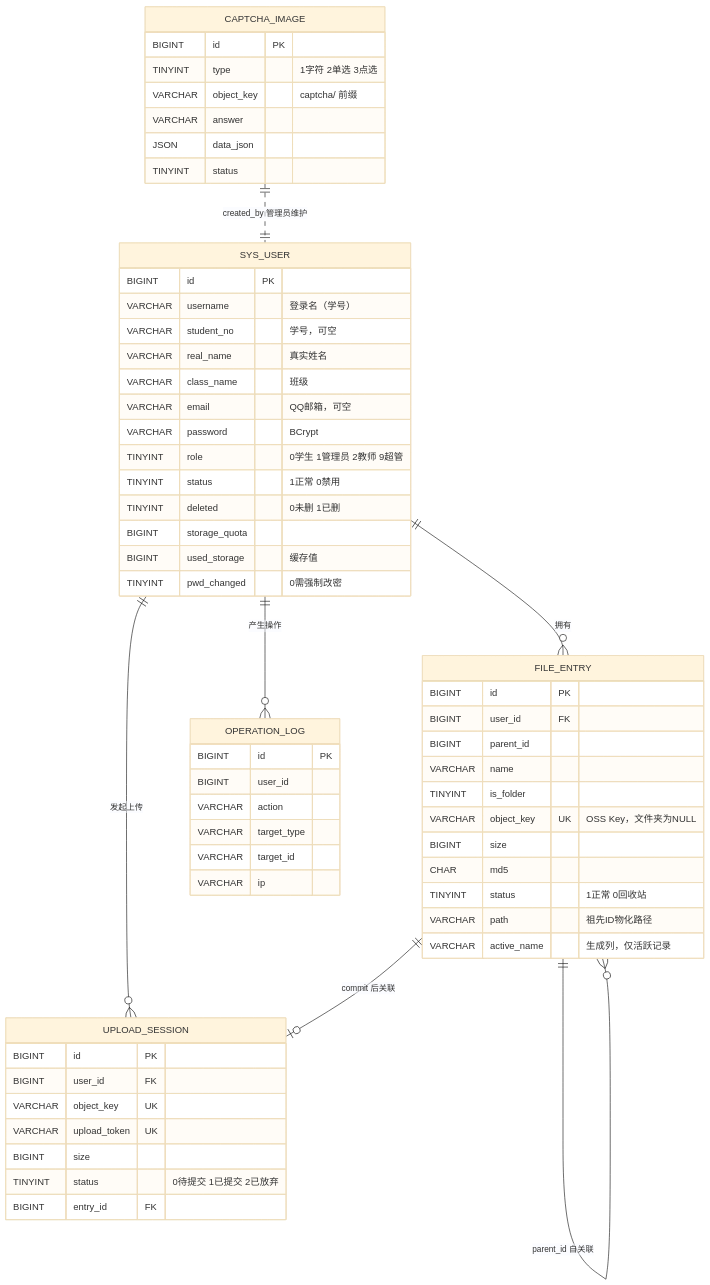
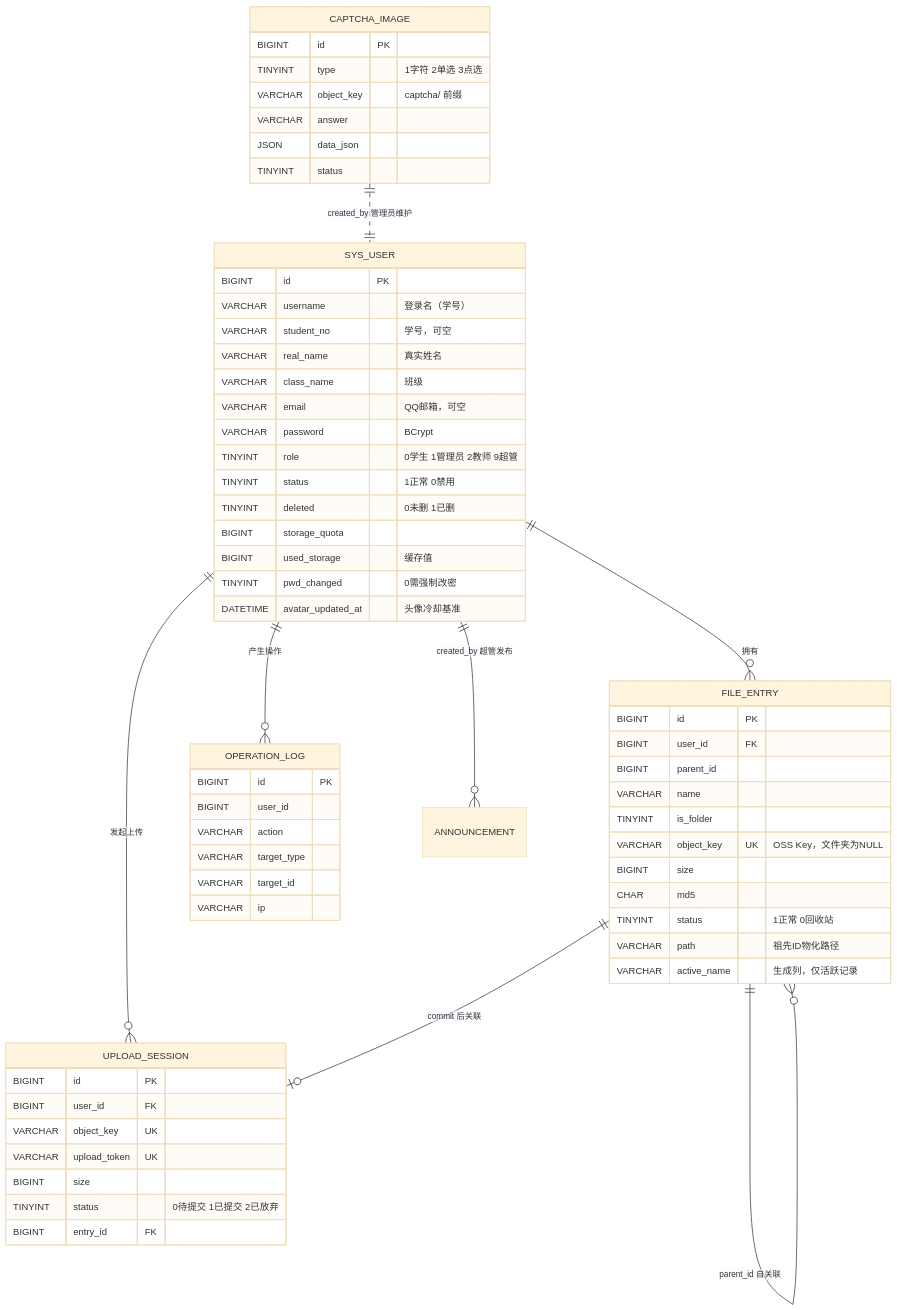
One commit to LeAquTra/SHWorkCloud changed the fifth of 6 diagrams in docs/SHWordCloud_Standard_v2.0.md. Above: the diagram before and after it, drawn with Mermaid (base theme). The commit also changed other lines of this file and 50 other files, not shown here.

````diff
--- a/docs/SHWordCloud_Standard_v2.0.md
+++ b/docs/SHWordCloud_Standard_v2.0.md
@@ -1100,62 +1113,64 @@
 ```mermaid
 erDiagram
     SYS_USER ||--o{ FILE_ENTRY : "拥有"
     SYS_USER ||--o{ UPLOAD_SESSION : "发起上传"
     SYS_USER ||--o{ OPERATION_LOG : "产生操作"
     FILE_ENTRY ||--o{ FILE_ENTRY : "parent_id 自关联"
     FILE_ENTRY ||--o| UPLOAD_SESSION : "commit 后关联"
     CAPTCHA_IMAGE ||..|| SYS_USER : "created_by 管理员维护"
+    SYS_USER ||--o{ ANNOUNCEMENT : "created_by 超管发布"
     SYS_USER {
         BIGINT id PK
         VARCHAR username "登录名（学号）"
         VARCHAR student_no "学号，可空"
         VARCHAR real_name "真实姓名"
         VARCHAR class_name "班级"
         VARCHAR email "QQ邮箱，可空"
         VARCHAR password "BCrypt"
         TINYINT role "0学生 1管理员 2教师 9超管"
         TINYINT status "1正常 0禁用"
         TINYINT deleted "0未删 1已删"
         BIGINT storage_quota
         BIGINT used_storage "缓存值"
         TINYINT pwd_changed "0需强制改密"
+        DATETIME avatar_updated_at "头像冷却基准"
     }
     FILE_ENTRY {
         BIGINT id PK
         BIGINT user_id FK
         BIGINT parent_id
         VARCHAR name
         TINYINT is_folder
         VARCHAR object_key UK "OSS Key，文件夹为NULL"
         BIGINT size
         CHAR md5
         TINYINT status "1正常 0回收站"
         VARCHAR path "祖先ID物化路径"
         VARCHAR active_name "生成列，仅活跃记录"
     }
     UPLOAD_SESSION {
         BIGINT id PK
         BIGINT user_id FK
         VARCHAR object_key UK
         VARCHAR upload_token UK
         BIGINT size
         TINYINT status "0待提交 1已提交 2已放弃"
         BIGINT entry_id FK
     }
     CAPTCHA_IMAGE {
         BIGINT id PK
         TINYINT type "1字符 2单选 3点选"
         VARCHAR object_key "captcha/ 前缀"
         VARCHAR answer
         JSON data_json
         TINYINT status
     }
     OPERATION_LOG {
         BIGINT id PK
         BIGINT user_id
         VARCHAR action
         VARCHAR target_type
         VARCHAR target_id
         VARCHAR ip
     }
 ```
````
